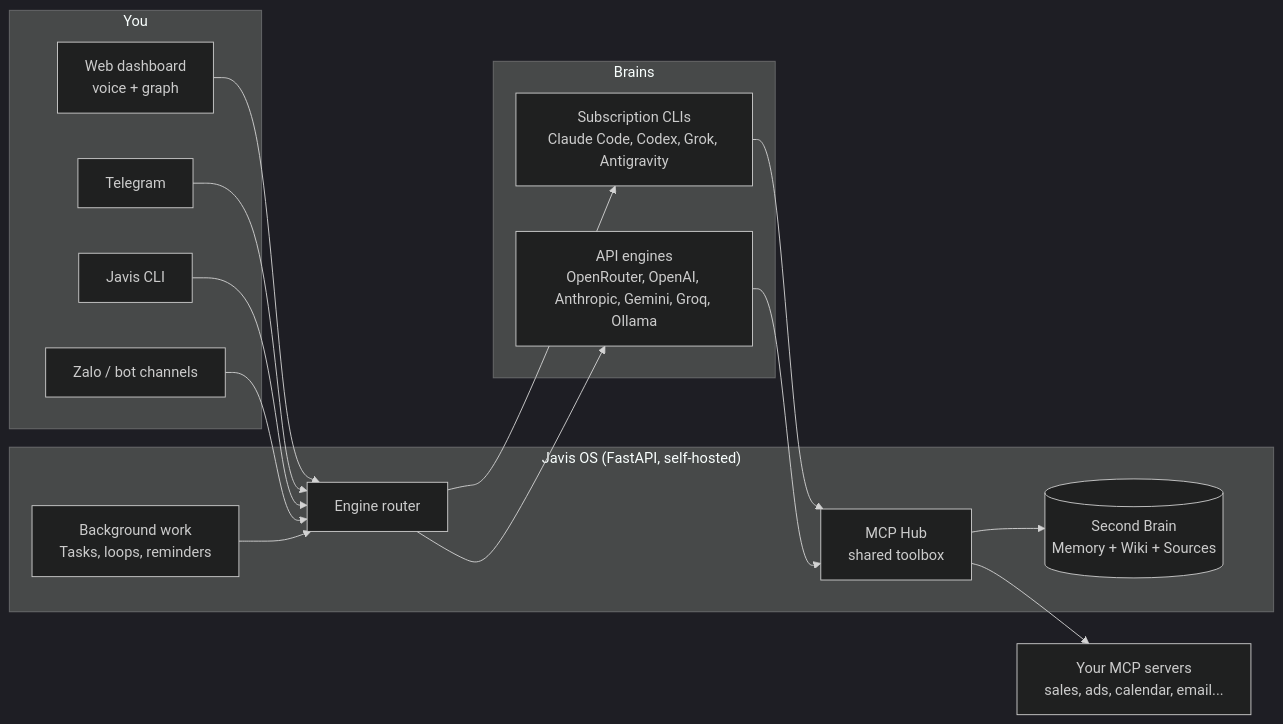
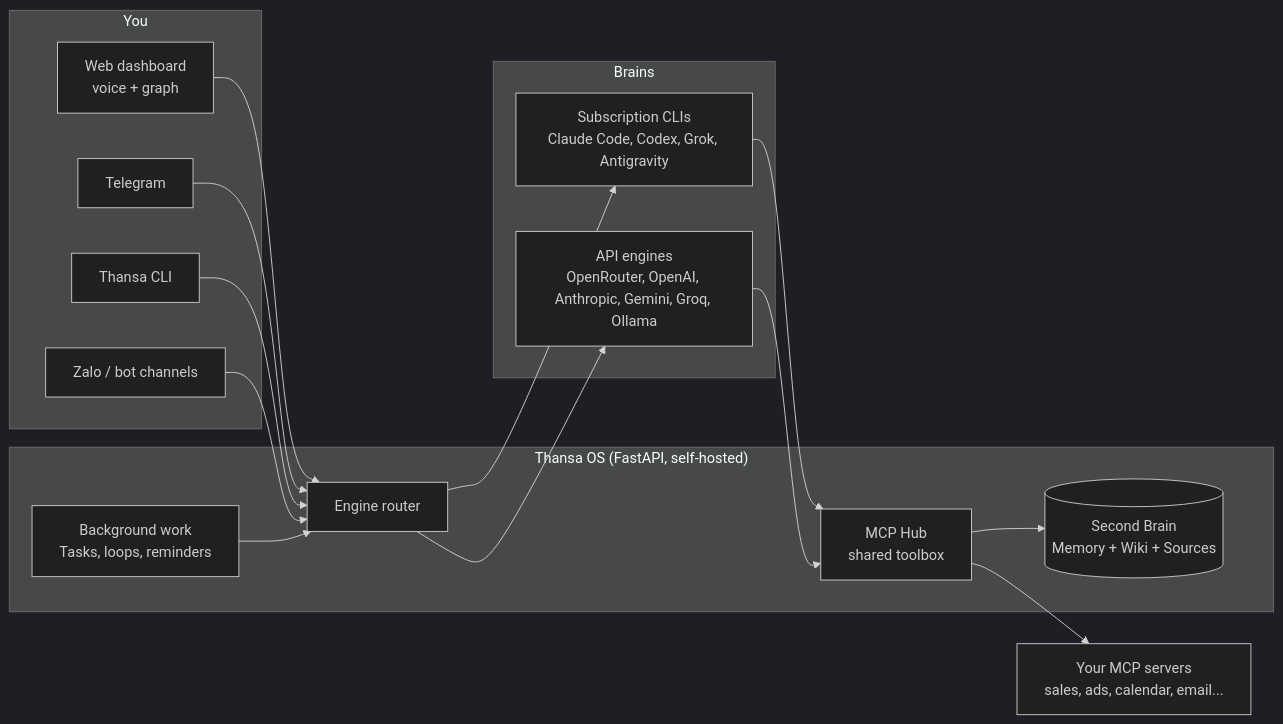
One commit to xahoapro/thansa-os changed the diagram in README.md. Above: the diagram before and after it, drawn with Mermaid (dark theme). The commit also changed other lines of this file and 77 other files, not shown here.

````diff
--- a/README.md
+++ b/README.md
@@ -207,25 +207,25 @@
 ```mermaid
 flowchart LR
     subgraph You
         W[Web dashboard<br>voice + graph]
         T[Telegram]
-        C[Javis CLI]
+        C[Thansa CLI]
         Z[Zalo / bot channels]
     end
-    subgraph Javis["Javis OS (FastAPI, self-hosted)"]
+    subgraph Thansa["Thansa OS (FastAPI, self-hosted)"]
         R[Engine router]
         H[MCP Hub<br>shared toolbox]
         B[(Second Brain<br>Memory + Wiki + Sources)]
         Q[Background work<br>Tasks, loops, reminders]
     end
     subgraph Brains
         S[Subscription CLIs<br>Claude Code, Codex, Grok, Antigravity]
         A[API engines<br>OpenRouter, OpenAI, Anthropic, Gemini, Groq, Ollama]
     end
     W & T & C & Z --> R
     R --> S & A
     S & A --> H
     H --> B
     H --> M[Your MCP servers<br>sales, ads, calendar, email...]
     Q --> R
 ```
````
